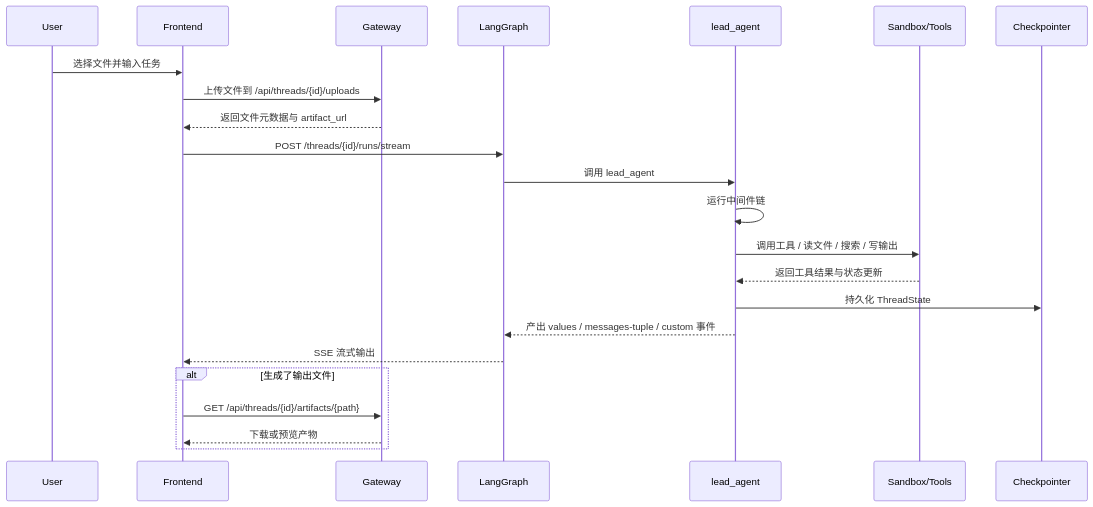
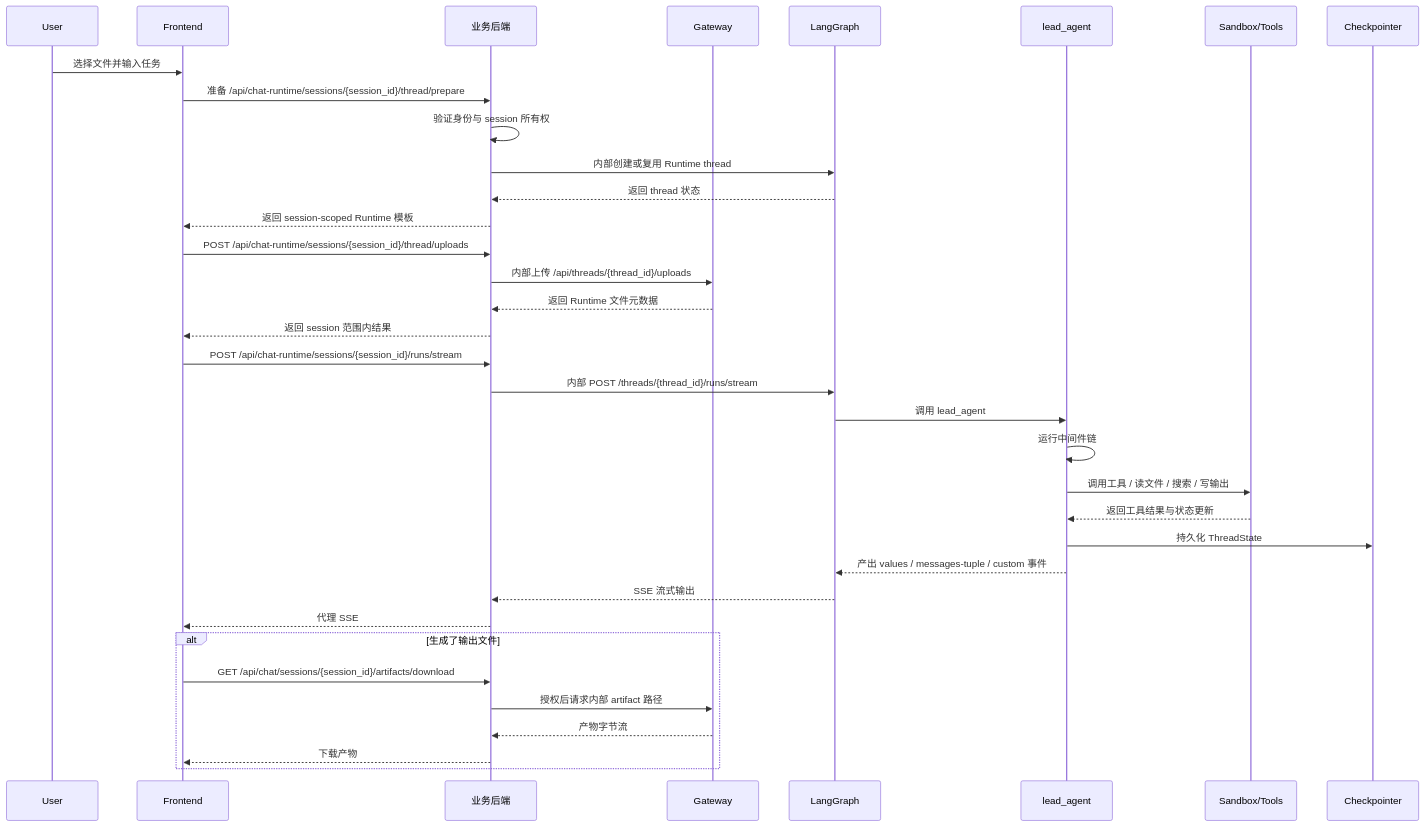
One commit to changqingla/Lumen changed the fifth of 7 diagrams in docs/Gateway与LangGraph架构技术文档.md. Above: the diagram before and after it, drawn with Mermaid. The commit also changed other lines of this file and 481 other files, not shown here.

````diff
--- a/docs/Gateway与LangGraph架构技术文档.md
+++ b/docs/Gateway与LangGraph架构技术文档.md
@@ -498,28 +516,40 @@
 ```mermaid
 sequenceDiagram
     participant User as User
     participant FE as Frontend
+    participant API as 业务后端
     participant GW as Gateway
     participant LG as LangGraph
     participant AG as lead_agent
     participant SB as Sandbox/Tools
     participant CK as Checkpointer
 
     User->>FE: 选择文件并输入任务
-    FE->>GW: 上传文件到 /api/threads/{id}/uploads
-    GW-->>FE: 返回文件元数据与 artifact_url
+    FE->>API: 准备 /api/chat-runtime/sessions/{session_id}/thread/prepare
+    API->>API: 验证身份与 session 所有权
+    API->>LG: 内部创建或复用 Runtime thread
+    LG-->>API: 返回 thread 状态
+    API-->>FE: 返回 session-scoped Runtime 模板
+    FE->>API: POST /api/chat-runtime/sessions/{session_id}/thread/uploads
+    API->>GW: 内部上传 /api/threads/{thread_id}/uploads
+    GW-->>API: 返回 Runtime 文件元数据
+    API-->>FE: 返回 session 范围内结果
 
-    FE->>LG: POST /threads/{id}/runs/stream
+    FE->>API: POST /api/chat-runtime/sessions/{session_id}/runs/stream
+    API->>LG: 内部 POST /threads/{thread_id}/runs/stream
     LG->>AG: 调用 lead_agent
     AG->>AG: 运行中间件链
     AG->>SB: 调用工具 / 读文件 / 搜索 / 写输出
     SB-->>AG: 返回工具结果与状态更新
     AG->>CK: 持久化 ThreadState
     AG-->>LG: 产出 values / messages-tuple / custom 事件
-    LG-->>FE: SSE 流式输出
+    LG-->>API: SSE 流式输出
+    API-->>FE: 代理 SSE
 
     alt 生成了输出文件
-        FE->>GW: GET /api/threads/{id}/artifacts/{path}
-        GW-->>FE: 下载或预览产物
+        FE->>API: GET /api/chat/sessions/{session_id}/artifacts/download
+        API->>GW: 授权后请求内部 artifact 路径
+        GW-->>API: 产物字节流
+        API-->>FE: 下载产物
     end
 ```
````
